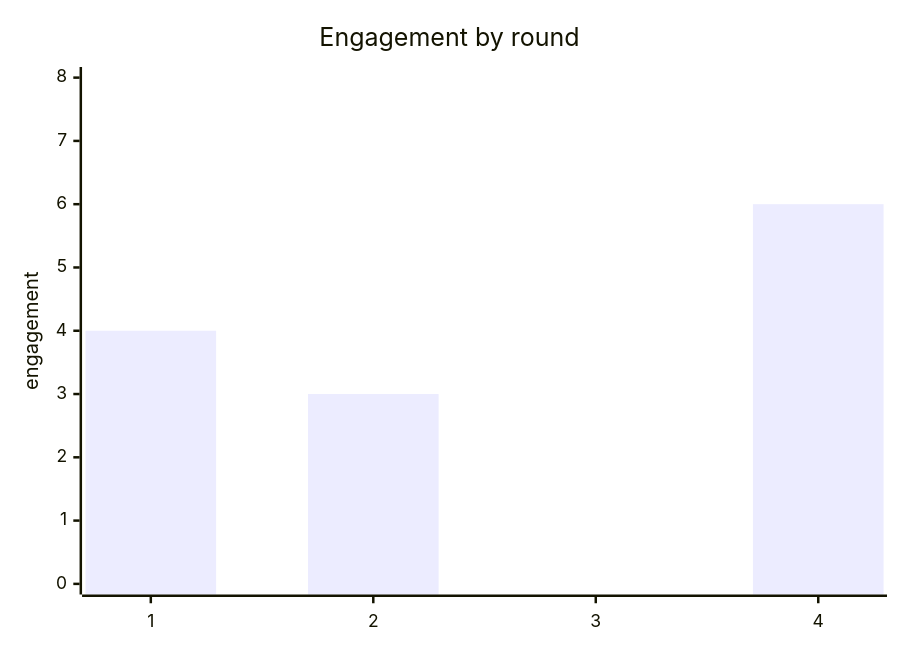
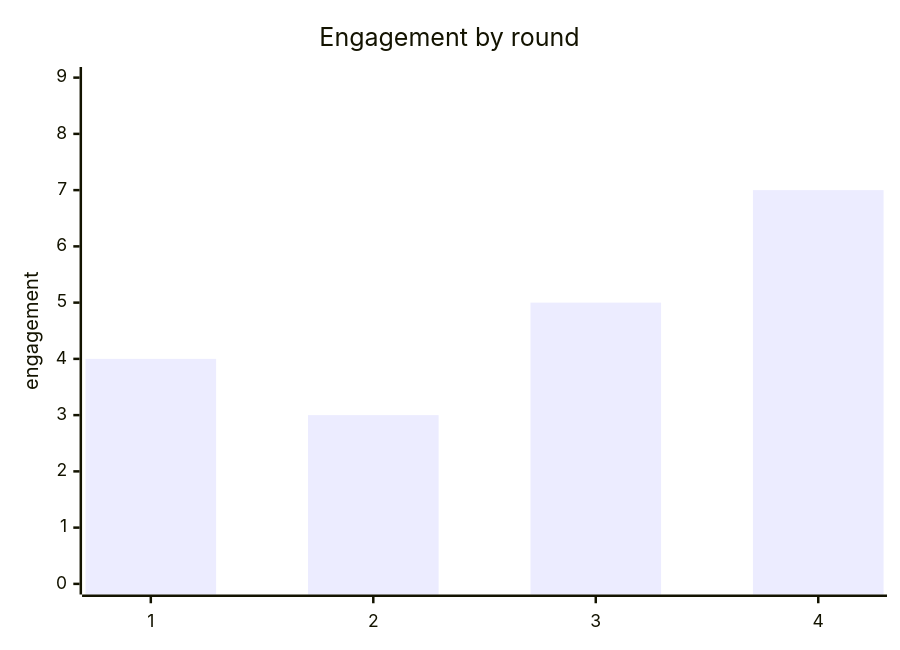
The third of 3 diagrams in gallery/llm-authored-run-12x4/report-1.md (Ratz00007/murmur-mcp), drawn with Mermaid before and after one commit. The commit also changed other lines of this file and 5 other files, not shown here.

````diff
--- a/gallery/llm-authored-run-12x4/report-1.md
+++ b/gallery/llm-authored-run-12x4/report-1.md
@@ -351,7 +349,7 @@
 ```mermaid
 xychart-beta
     title "Engagement by round"
     x-axis [1, 2, 3, 4]
-    y-axis "engagement" 0 --> 8
-    bar [4, 3, -1, 6]
+    y-axis "engagement" 0 --> 9
+    bar [4, 3, 5, 7]
 ```
````
